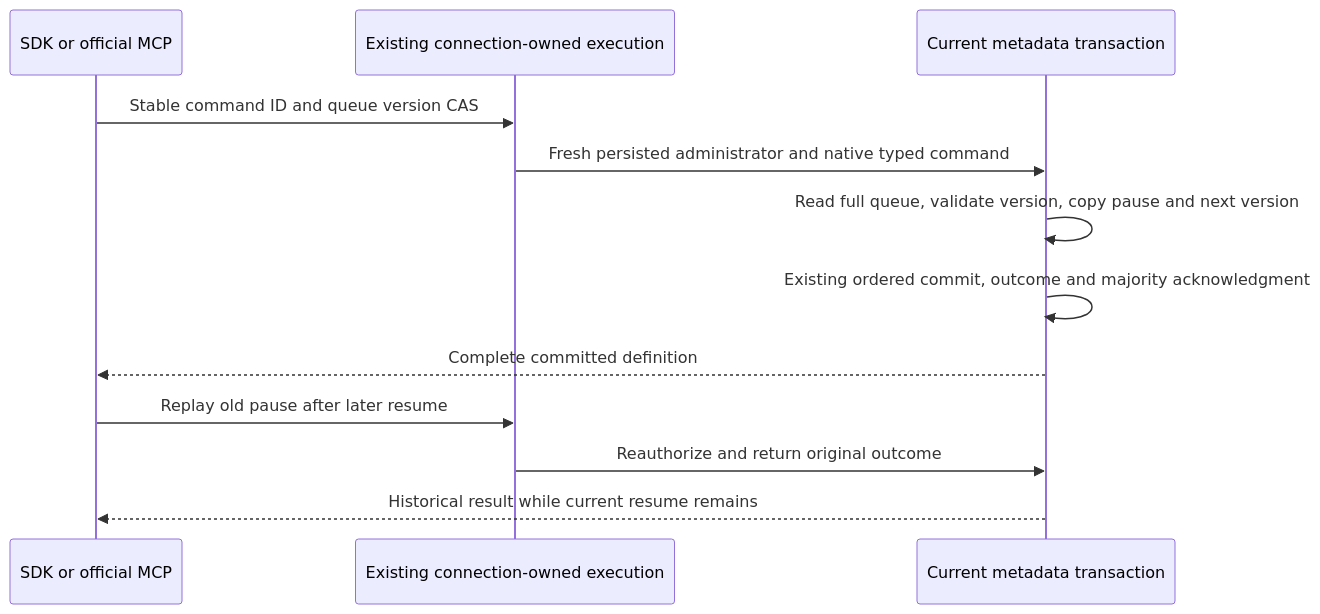
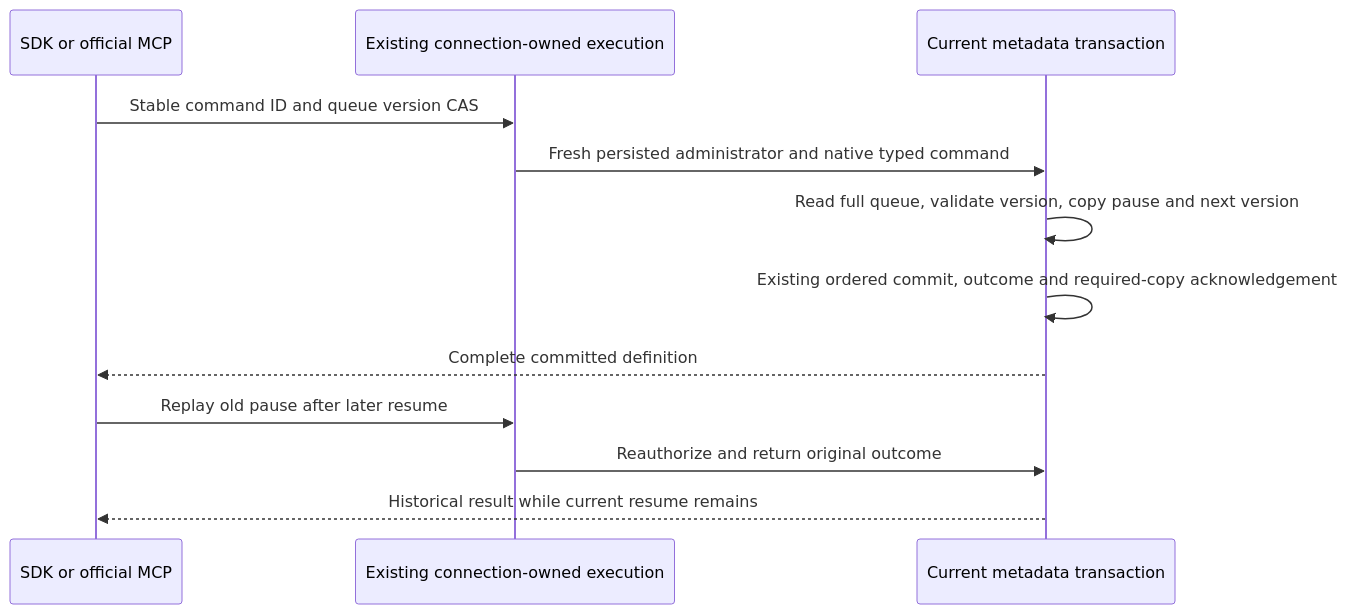
The diagram in docs/ADR/ADR-131-queue-dispatch-state-cas.md (managedcode/KeyLoad), drawn with Mermaid before and after one commit. The commit also changed 39 other files, not shown here.

````diff
--- a/docs/ADR/ADR-131-queue-dispatch-state-cas.md
+++ b/docs/ADR/ADR-131-queue-dispatch-state-cas.md
@@ -34,14 +34,14 @@
 ```mermaid
 sequenceDiagram
     participant Caller as SDK or official MCP
     participant Owner as Existing connection-owned execution
     participant Meta as Current metadata transaction
     Caller->>Owner: Stable command ID and queue version CAS
     Owner->>Meta: Fresh persisted administrator and native typed command
     Meta->>Meta: Read full queue, validate version, copy pause and next version
-    Meta->>Meta: Existing ordered commit, outcome and majority acknowledgment
+    Meta->>Meta: Existing ordered commit, outcome and required-copy acknowledgement
     Meta-->>Caller: Complete committed definition
     Caller->>Owner: Replay old pause after later resume
     Owner->>Meta: Reauthorize and return original outcome
     Meta-->>Caller: Historical result while current resume remains
 ```
````
